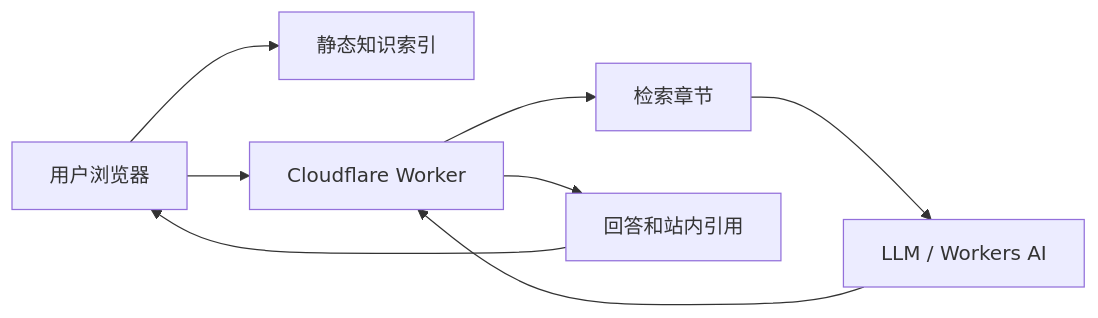
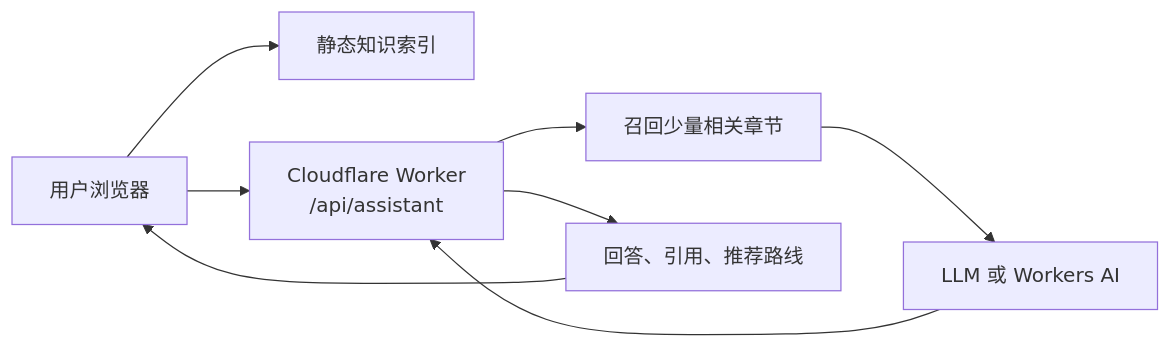
The second of 2 diagrams in AI学习知识库网站设计方案.md (Ackow/mindpath-ai), drawn with Mermaid before and after one commit. The commit also changed other lines of this file, not shown here.

````diff
--- a/AI学习知识库网站设计方案.md
+++ b/AI学习知识库网站设计方案.md
@@ -159,8 +340,9 @@
 ```mermaid
 flowchart LR
   U[用户浏览器] --> S[静态知识索引]
-  U --> W[Cloudflare Worker]
-  W --> R[检索章节]
-  R --> L[LLM / Workers AI]
-  L --> W --> A[回答和站内引用] --> U
+  U --> W[Cloudflare Worker
+/api/assistant]
+  W --> R[召回少量相关章节]
+  R --> L[LLM 或 Workers AI]
+  L --> W --> A[回答、引用、推荐路线] --> U
 ```
````
